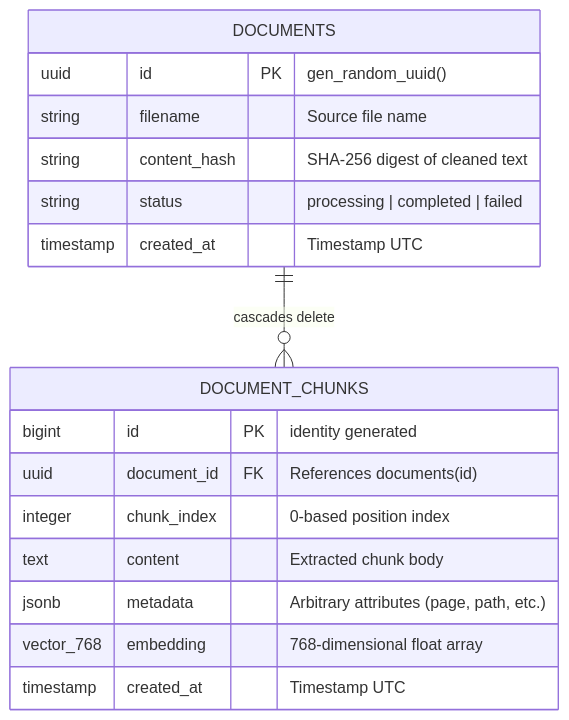
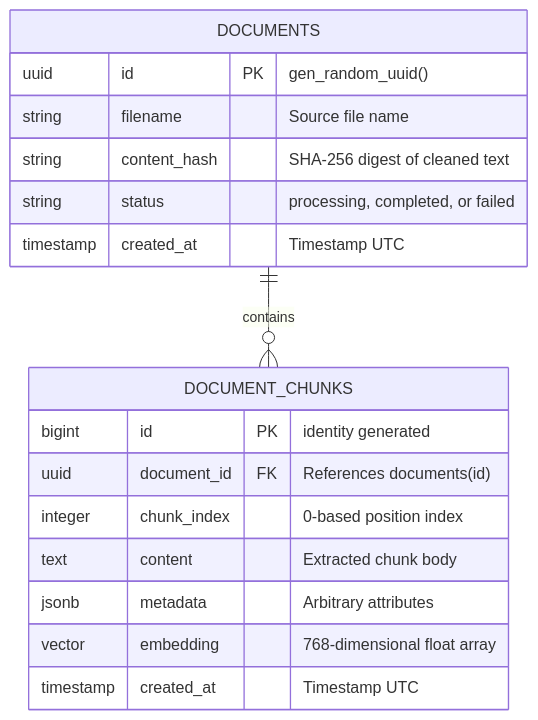
The sixth of 8 diagrams in README.md (devansharya-dev/RAG), drawn with Mermaid before and after one commit. The commit also changed other lines of this file, not shown here.

````diff
--- a/README.md
+++ b/README.md
@@ -755,20 +758,20 @@
 ```mermaid
 erDiagram
-    DOCUMENTS ||--o{ DOCUMENT_CHUNKS : "cascades delete"
+    DOCUMENTS ||--o{ DOCUMENT_CHUNKS : contains
     DOCUMENTS {
         uuid id PK "gen_random_uuid()"
         string filename "Source file name"
         string content_hash "SHA-256 digest of cleaned text"
-        string status "processing | completed | failed"
+        string status "processing, completed, or failed"
         timestamp created_at "Timestamp UTC"
     }
     DOCUMENT_CHUNKS {
         bigint id PK "identity generated"
         uuid document_id FK "References documents(id)"
         integer chunk_index "0-based position index"
         text content "Extracted chunk body"
-        jsonb metadata "Arbitrary attributes (page, path, etc.)"
-        vector_768 embedding "768-dimensional float array"
+        jsonb metadata "Arbitrary attributes"
+        vector embedding "768-dimensional float array"
         timestamp created_at "Timestamp UTC"
     }
 ```
````
